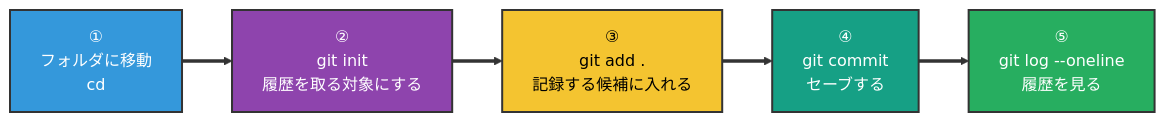
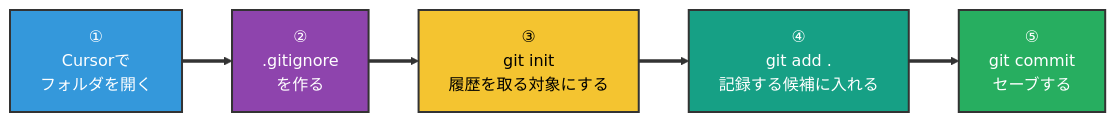
Before and after one commit to kasuyaofcb/tech_docs: the sixth of 7 diagrams in 02_git/setup.md, drawn with Mermaid. The commit also changed other lines of this file, not shown here.

First line of the commit message:
docs(git): setup.md を初学者目線で改善（cd の削除・.gitignore 追加・事故防止）

````diff
--- a/02_git/setup.md
+++ b/02_git/setup.md
@@ -257,13 +264,13 @@
 ```mermaid
 flowchart LR
-    S1["①<br/>フォルダに移動<br/>cd"] ==> S2["②<br/>git init<br/>履歴を取る対象にする"]
-    S2 ==> S3["③<br/>git add .<br/>記録する候補に入れる"]
-    S3 ==> S4["④<br/>git commit<br/>セーブする"]
-    S4 ==> S5["⑤<br/>git log --oneline<br/>履歴を見る"]
+    S1["①<br/>Cursorで<br/>フォルダを開く"] ==> S2["②<br/>.gitignore<br/>を作る"]
+    S2 ==> S3["③<br/>git init<br/>履歴を取る対象にする"]
+    S3 ==> S4["④<br/>git add .<br/>記録する候補に入れる"]
+    S4 ==> S5["⑤<br/>git commit<br/>セーブする"]
 
     style S1 fill:#3498DB,color:#FFFFFF,stroke:#333,stroke-width:2px
     style S2 fill:#8E44AD,color:#FFFFFF,stroke:#333,stroke-width:2px
     style S3 fill:#F4C430,color:#000,stroke:#333,stroke-width:2px
     style S4 fill:#16A085,color:#FFFFFF,stroke:#333,stroke-width:2px
     style S5 fill:#27AE60,color:#FFFFFF,stroke:#333,stroke-width:2px
 ```
````
